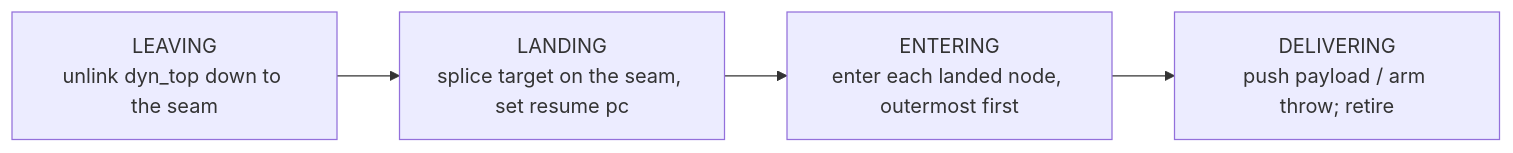
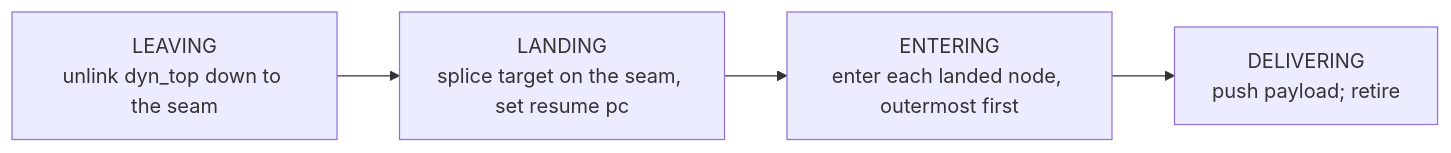
Before and after one commit to koskari-lang/koskari: the tenth of 12 diagrams in design/EVALUATOR.md, drawn with Mermaid. The commit also changed other lines of this file and 3 other files, not shown here.

````diff
--- a/design/EVALUATOR.md
+++ b/design/EVALUATOR.md
@@ -1001,8 +1001,8 @@
 ```mermaid
 flowchart LR
     LEAVING["LEAVING<br/>unlink dyn_top down to the seam"]
     LANDING["LANDING<br/>splice target on the seam, set resume pc"]
     ENTERING["ENTERING<br/>enter each landed node, outermost first"]
-    DELIVERING["DELIVERING<br/>push payload / arm throw; retire"]
+    DELIVERING["DELIVERING<br/>push payload; retire"]
     LEAVING --> LANDING --> ENTERING --> DELIVERING
 ```
````
